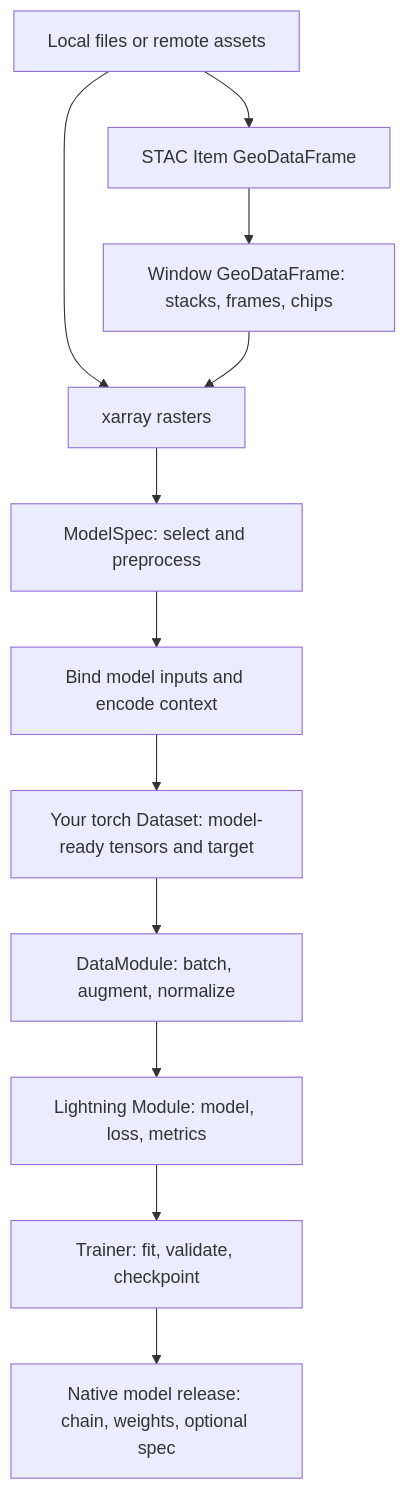
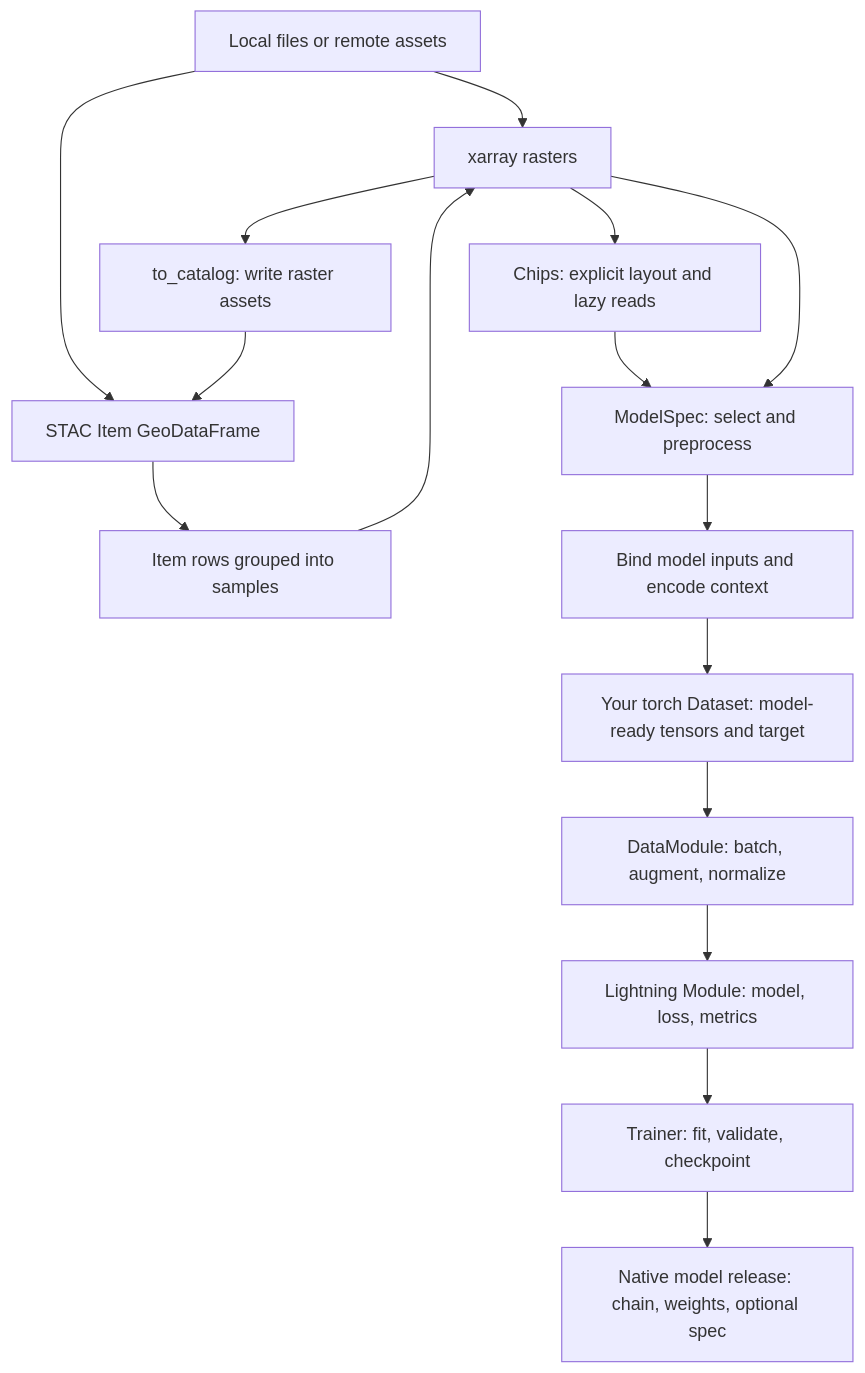
The diagram in docs/concepts/data-flow.md (weedkat/geosave), drawn with Mermaid before and after one commit. The commit also changed other lines of this file and 481 other files, not shown here.

````diff
--- a/docs/concepts/data-flow.md
+++ b/docs/concepts/data-flow.md
@@ -21,14 +48,18 @@
 ```mermaid
 flowchart TD
     files["Local files or remote assets"] --> native["xarray rasters"]
     files --> items["STAC Item GeoDataFrame"]
-    items --> windows["Window GeoDataFrame: stacks, frames, chips"]
-    windows --> native
+    native --> published["to_catalog: write raster assets"]
+    published --> items
+    items --> samples["Item rows grouped into samples"]
+    samples --> native
+    native --> chips["Chips: explicit layout and lazy reads"]
+    chips --> prep
     native --> prep["ModelSpec: select and preprocess"]
     prep --> bind["Bind model inputs and encode context"]
     bind --> dataset["Your torch Dataset: model-ready tensors and target"]
     dataset --> data["DataModule: batch, augment, normalize"]
     data --> task["Lightning Module: model, loss, metrics"]
     task --> trainer["Trainer: fit, validate, checkpoint"]
     trainer --> release["Native model release: chain, weights, optional spec"]
 ```
````
